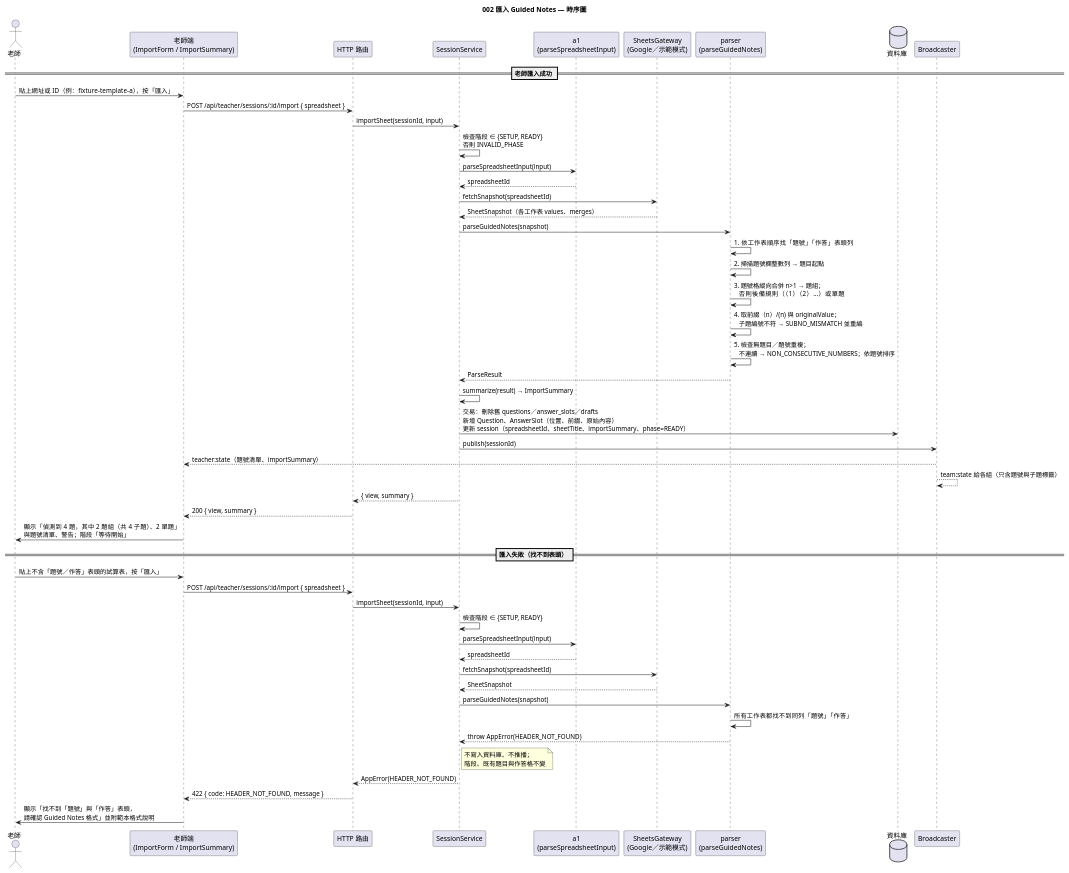
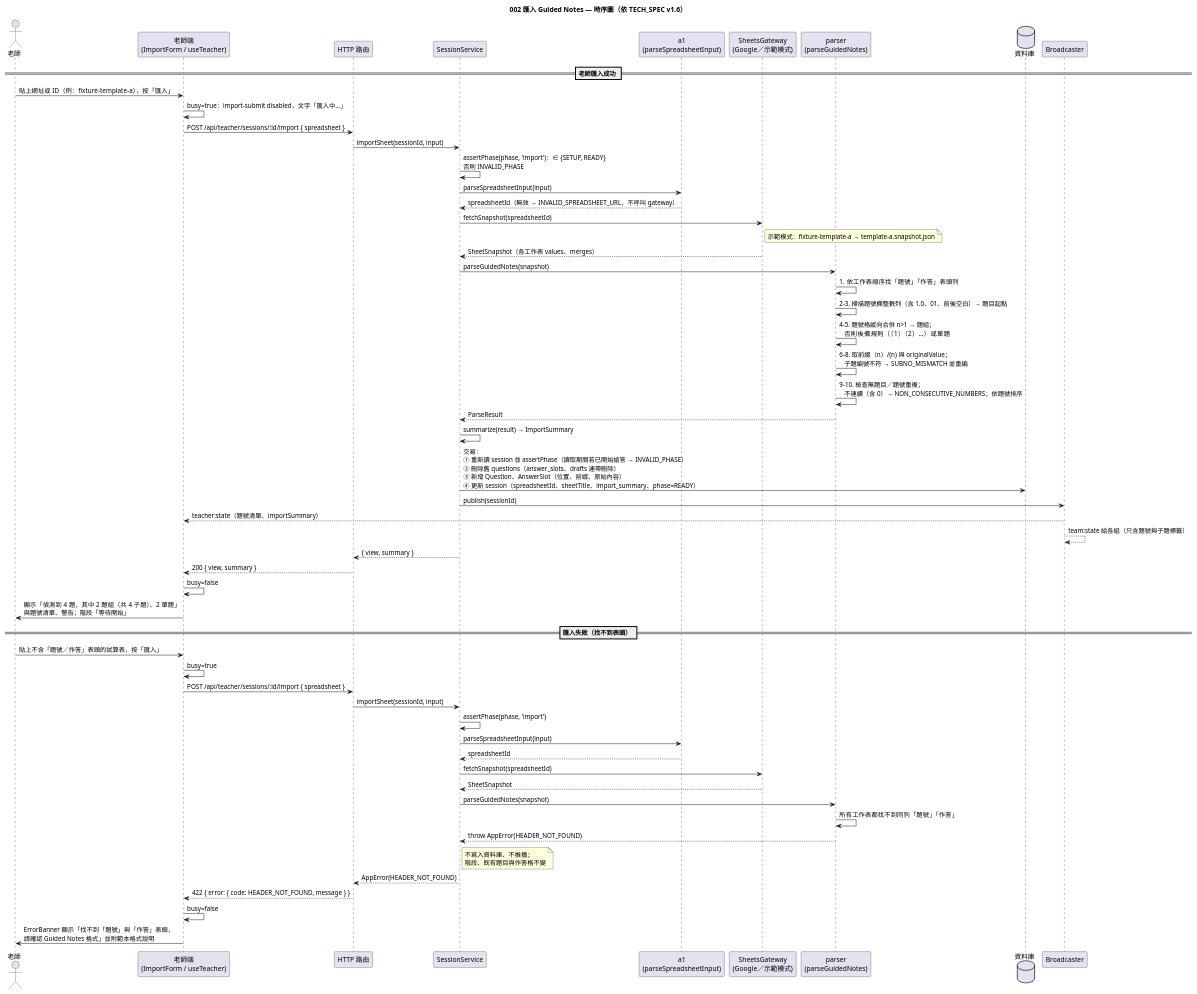
The diagram in diagrams/002-sequence.puml (mkj-mkj/SE_Final_Project_SpecKit), drawn with PlantUML before and after one commit. The commit also changed 13 other files, not shown here.

```diff
--- a/diagrams/002-sequence.puml
+++ b/diagrams/002-sequence.puml
@@ -1,54 +1,59 @@
 @startuml 002-sequence
-title 002 匯入 Guided Notes — 時序圖
+title 002 匯入 Guided Notes — 時序圖（依 TECH_SPEC v1.6）
 actor 老師 as T
-participant "老師端\n(ImportForm / ImportSummary)" as TC
+participant "老師端\n(ImportForm / useTeacher)" as TC
 participant "HTTP 路由" as Http
 participant "SessionService" as Svc
 participant "a1\n(parseSpreadsheetInput)" as A1
 participant "SheetsGateway\n(Google／示範模式)" as GW
 participant "parser\n(parseGuidedNotes)" as P
 database "資料庫" as DB
 participant "Broadcaster" as BC
 
 == 老師匯入成功 ==
 T -> TC : 貼上網址或 ID（例：fixture-template-a），按「匯入」
+TC -> TC : busy=true：import-submit disabled，文字「匯入中…」
 TC -> Http : POST /api/teacher/sessions/:id/import { spreadsheet }
 Http -> Svc : importSheet(sessionId, input)
-Svc -> Svc : 檢查階段 ∈ {SETUP, READY}\n否則 INVALID_PHASE
+Svc -> Svc : assertPhase(phase, 'import')：∈ {SETUP, READY}\n否則 INVALID_PHASE
 Svc -> A1 : parseSpreadsheetInput(input)
-A1 --> Svc : spreadsheetId
+A1 --> Svc : spreadsheetId（無效 → INVALID_SPREADSHEET_URL，不呼叫 gateway）
 Svc -> GW : fetchSnapshot(spreadsheetId)
+note right of GW : 示範模式：fixture-template-a → template-a.snapshot.json
 GW --> Svc : SheetSnapshot（各工作表 values、merges）
 Svc -> P : parseGuidedNotes(snapshot)
 P -> P : 1. 依工作表順序找「題號」「作答」表頭列
-P -> P : 2. 掃描題號欄整數列 → 題目起點
-P -> P : 3. 題號格縱向合併 n>1 → 題組；\n   否則後備規則（（1）（2）…）或單題
-P -> P : 4. 取前綴（n）/(n) 與 originalValue；\n   子題編號不符 → SUBNO_MISMATCH 並重編
-P -> P : 5. 檢查無題目／題號重複；\n   不連續 → NON_CONSECUTIVE_NUMBERS；依題號排序
+P -> P : 2–3. 掃描題號欄整數列（含 1.0、01、前後空白）→ 題目起點
+P -> P : 4–5. 題號格縱向合併 n>1 → 題組；\n   否則後備規則（（1）（2）…）或單題
+P -> P : 6–8. 取前綴（n）/(n) 與 originalValue；\n   子題編號不符 → SUBNO_MISMATCH 並重編
+P -> P : 9–10. 檢查無題目／題號重複；\n   不連續（含 0）→ NON_CONSECUTIVE_NUMBERS；依題號排序
 P --> Svc : ParseResult
 Svc -> Svc : summarize(result) → ImportSummary
-Svc -> DB : 交易：刪除舊 questions／answer_slots／drafts\n新增 Question、AnswerSlot（位置、前綴、原始內容）\n更新 session（spreadsheetId、sheetTitle、importSummary、phase=READY）
+Svc -> DB : 交易：\n① 重新讀 session 並 assertPhase（讀取期間若已開始搶答 → INVALID_PHASE）\n② 刪除舊 questions（answer_slots、drafts 連帶刪除）\n③ 新增 Question、AnswerSlot（位置、前綴、原始內容）\n④ 更新 session（spreadsheetId、sheetTitle、import_summary、phase=READY）
 Svc -> BC : publish(sessionId)
 BC --> TC : teacher:state（題號清單、importSummary）
 BC --> BC : team:state 給各組（只含題號與子題標籤）
 Svc --> Http : { view, summary }
 Http --> TC : 200 { view, summary }
+TC -> TC : busy=false
 TC -> T : 顯示「偵測到 4 題，其中 2 題組（共 4 子題）、2 單題」\n與題號清單、警告；階段「等待開始」
 
 == 匯入失敗（找不到表頭） ==
 T -> TC : 貼上不含「題號／作答」表頭的試算表，按「匯入」
+TC -> TC : busy=true
 TC -> Http : POST /api/teacher/sessions/:id/import { spreadsheet }
 Http -> Svc : importSheet(sessionId, input)
-Svc -> Svc : 檢查階段 ∈ {SETUP, READY}
+Svc -> Svc : assertPhase(phase, 'import')
 Svc -> A1 : parseSpreadsheetInput(input)
 A1 --> Svc : spreadsheetId
 Svc -> GW : fetchSnapshot(spreadsheetId)
 GW --> Svc : SheetSnapshot
 Svc -> P : parseGuidedNotes(snapshot)
 P -> P : 所有工作表都找不到同列「題號」「作答」
 P --> Svc : throw AppError(HEADER_NOT_FOUND)
 note right of Svc : 不寫入資料庫、不推播；\n階段、既有題目與作答格不變
 Svc --> Http : AppError(HEADER_NOT_FOUND)
-Http --> TC : 422 { code: HEADER_NOT_FOUND, message }
-TC -> T : 顯示「找不到「題號」與「作答」表頭，\n請確認 Guided Notes 格式」並附範本格式說明
+Http --> TC : 422 { error: { code: HEADER_NOT_FOUND, message } }
+TC -> TC : busy=false
+TC -> T : ErrorBanner 顯示「找不到「題號」與「作答」表頭，\n請確認 Guided Notes 格式」並附範本格式說明
 @enduml
```
